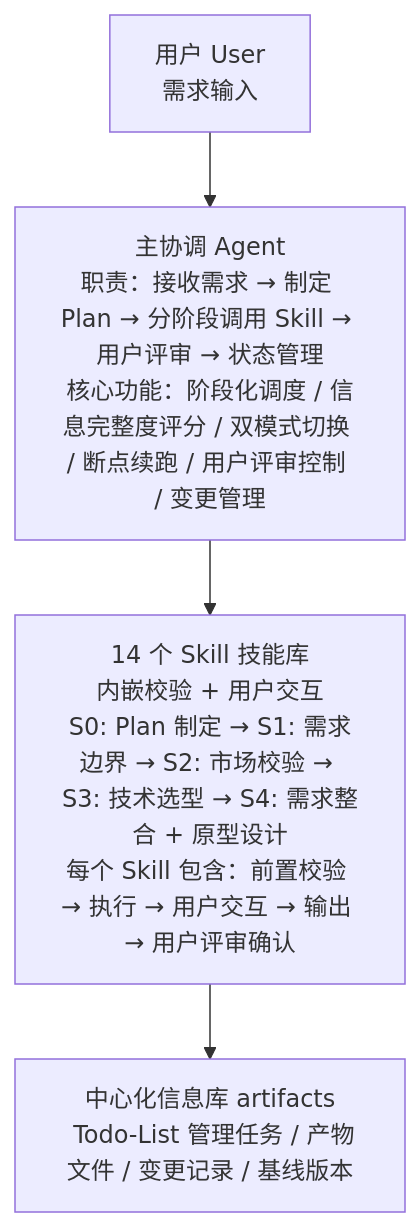
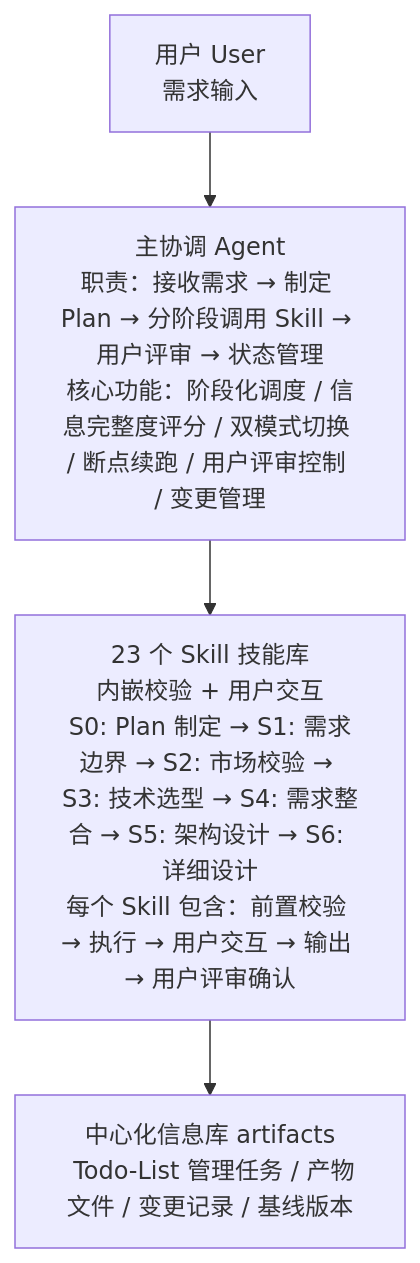
The first of 9 diagrams in WORKFLOW.md (HeartFlying/swf), drawn with Mermaid before and after one commit. The commit also changed other lines of this file and 130 other files, not shown here.

````diff
--- a/WORKFLOW.md
+++ b/WORKFLOW.md
@@ -20,6 +20,6 @@
 ```mermaid
 graph TD
     A[用户 User<br/>需求输入] --> B[主协调 Agent<br/>职责：接收需求 → 制定 Plan → 分阶段调用 Skill → 用户评审 → 状态管理<br/>核心功能：阶段化调度 / 信息完整度评分 / 双模式切换 / 断点续跑 / 用户评审控制 / 变更管理]
-    B --> C[14 个 Skill 技能库<br/>内嵌校验 + 用户交互<br/>S0: Plan 制定 → S1: 需求边界 → S2: 市场校验 → S3: 技术选型 → S4: 需求整合 + 原型设计<br/>每个 Skill 包含：前置校验 → 执行 → 用户交互 → 输出 → 用户评审确认]
+    B --> C[23 个 Skill 技能库<br/>内嵌校验 + 用户交互<br/>S0: Plan 制定 → S1: 需求边界 → S2: 市场校验 → S3: 技术选型 → S4: 需求整合 → S5: 架构设计 → S6: 详细设计<br/>每个 Skill 包含：前置校验 → 执行 → 用户交互 → 输出 → 用户评审确认]
     C --> D[中心化信息库 artifacts<br/> Todo-List 管理任务 / 产物文件 / 变更记录 / 基线版本]
 ```
````
